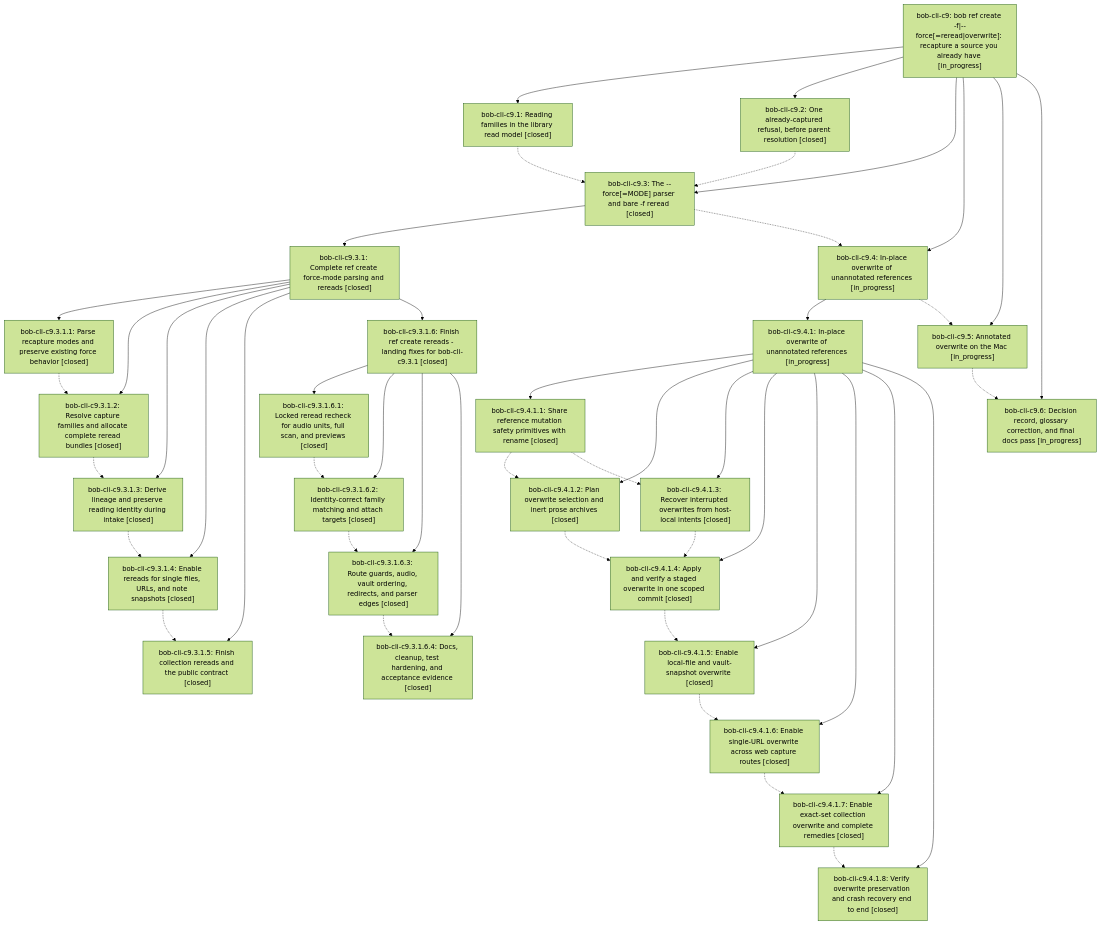
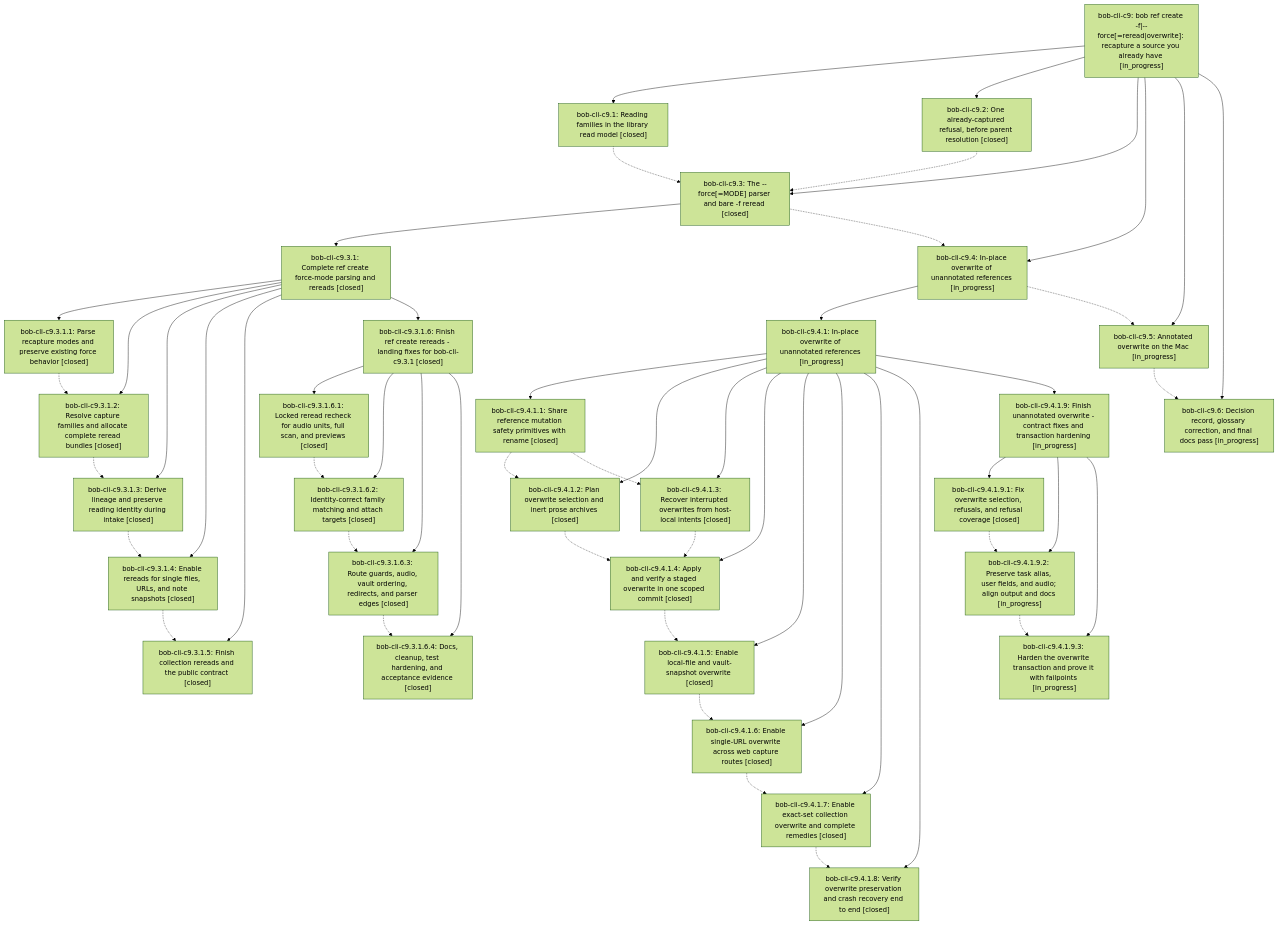
Before and after one commit to bobs-org/bob-cli--beads: the diagram in pages/bob-cli-c9/README.md, drawn with Mermaid (forest theme). The commit also changed other lines of this file and 7 other files, not shown here.

First line of the commit message:
chore(beads): sync bead state and pages for bob-cli-c9

````diff
--- a/pages/bob-cli-c9/README.md
+++ b/pages/bob-cli-c9/README.md
@@ -65,8 +65,12 @@
     n22["bob-cli-c9.4.1.6: Enable single-URL overwrite across web capture routes [closed]"]
     n23["bob-cli-c9.4.1.7: Enable exact-set collection overwrite and complete remedies [closed]"]
     n24["bob-cli-c9.4.1.8: Verify overwrite preservation and crash recovery end to end [closed]"]
-    n25["bob-cli-c9.5: Annotated overwrite on the Mac [in_progress]"]
-    n26["bob-cli-c9.6: Decision record, glossary correction, and final docs pass [in_progress]"]
+    n25["bob-cli-c9.4.1.9: Finish unannotated overwrite - contract fixes and transaction hardening [in_progress]"]
+    n26["bob-cli-c9.4.1.9.1: Fix overwrite selection, refusals, and refusal coverage [closed]"]
+    n27["bob-cli-c9.4.1.9.2: Preserve task alias, user fields, and audio; align output and docs [in_progress]"]
+    n28["bob-cli-c9.4.1.9.3: Harden the overwrite transaction and prove it with failpoints [in_progress]"]
+    n29["bob-cli-c9.5: Annotated overwrite on the Mac [in_progress]"]
+    n30["bob-cli-c9.6: Decision record, glossary correction, and final docs pass [in_progress]"]
     n0 --> n1
     n0 --> n2
     n0 --> n3
@@ -91,8 +95,12 @@
     n16 --> n22
     n16 --> n23
     n16 --> n24
-    n0 --> n25
-    n0 --> n26
+    n16 --> n25
+    n25 --> n26
+    n25 --> n27
+    n25 --> n28
+    n0 --> n29
+    n0 --> n30
     n1 -.-> n3
     n2 -.-> n3
     n3 -.-> n15
@@ -103,7 +111,7 @@
     n11 -.-> n12
     n12 -.-> n13
     n13 -.-> n14
-    n15 -.-> n25
+    n15 -.-> n29
     n17 -.-> n18
     n17 -.-> n19
     n18 -.-> n20
@@ -112,5 +120,7 @@
     n21 -.-> n22
     n22 -.-> n23
     n23 -.-> n24
-    n25 -.-> n26
+    n26 -.-> n27
+    n27 -.-> n28
+    n29 -.-> n30
 ```
````
